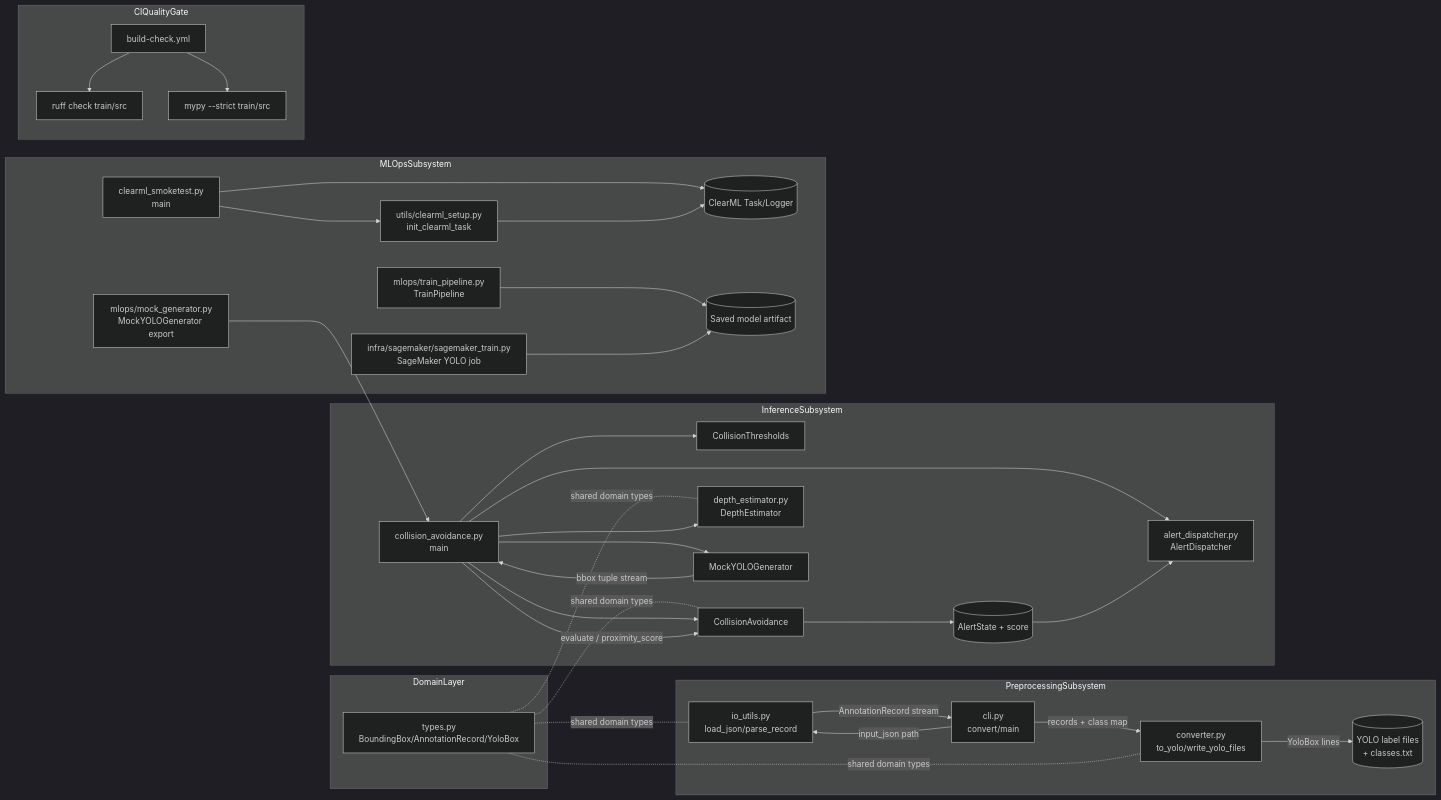
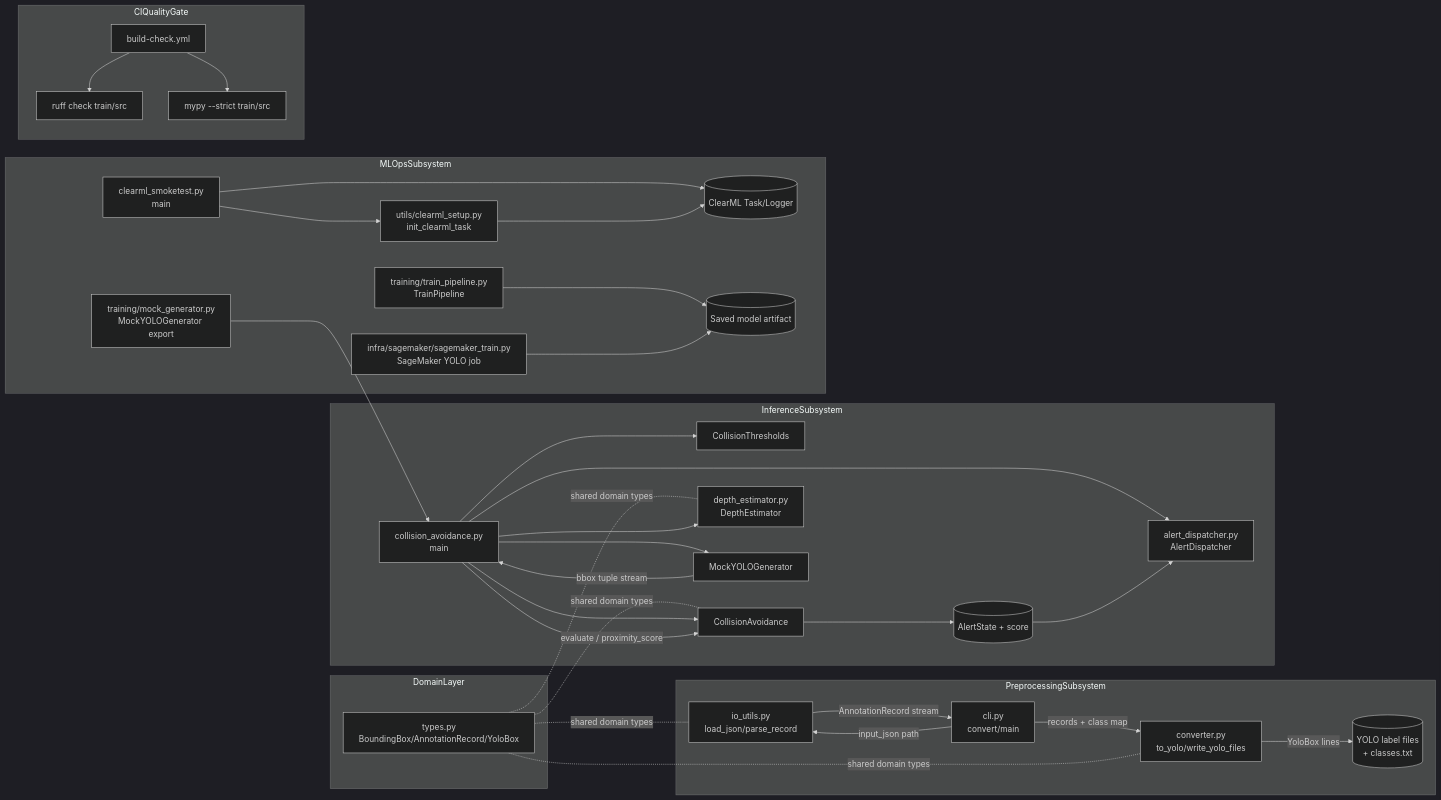
Before and after one commit to salieri009/DeepLearning42028UTS: the second of 5 diagrams in docs/architecture/System_Architecture_Documentation.md, drawn with Mermaid (dark theme). The commit also changed other lines of this file and 16 other files, not shown here.

First line of the commit message:
refactor(train): rename mlops to training, add presets and repo_paths splits

````diff
--- a/docs/architecture/System_Architecture_Documentation.md
+++ b/docs/architecture/System_Architecture_Documentation.md
@@ -194,68 +194,68 @@
 ```mermaid
 flowchart LR
     subgraph DomainLayer
       DTypes[types.py\nBoundingBox/AnnotationRecord/YoloBox]
     end
 
     subgraph PreprocessingSubsystem
       CLI[cli.py\nconvert/main]
       IO[io_utils.py\nload_json/parse_record]
       Conv[converter.py\nto_yolo/write_yolo_files]
       Out[(YOLO label files\n+ classes.txt)]
     end
 
     subgraph InferenceSubsystem
       IMain[collision_avoidance.py\nmain]
       Thresholds[CollisionThresholds]
       Evaluator[CollisionAvoidance]
       Depth[depth_estimator.py\nDepthEstimator]
       Dispatcher[alert_dispatcher.py\nAlertDispatcher]
       Generator[MockYOLOGenerator]
       Result[(AlertState + score)]
     end
 
     subgraph MLOpsSubsystem
       Smoke[clearml_smoketest.py\nmain]
       Setup[utils/clearml_setup.py\ninit_clearml_task]
-      Pipeline[mlops/train_pipeline.py\nTrainPipeline]
-      MockGen[mlops/mock_generator.py\nMockYOLOGenerator export]
+      Pipeline[training/train_pipeline.py\nTrainPipeline]
+      MockGen[training/mock_generator.py\nMockYOLOGenerator export]
       SMTrain[infra/sagemaker/sagemaker_train.py\nSageMaker YOLO job]
       ClearML[(ClearML Task/Logger)]
       ModelOut[(Saved model artifact)]
     end
 
     subgraph CIQualityGate
       Build[build-check.yml]
       Ruff[ruff check train/src]
       Mypy[mypy --strict train/src]
     end
 
     CLI -->|input_json path| IO
     IO -->|AnnotationRecord stream| CLI
     CLI -->|records + class map| Conv
     Conv -->|YoloBox lines| Out
     DTypes -. shared domain types .- IO
     DTypes -. shared domain types .- Conv
     DTypes -. shared domain types .- Evaluator
     DTypes -. shared domain types .- Depth
 
     IMain --> Thresholds
     IMain --> Evaluator
     IMain --> Depth
     IMain --> Dispatcher
     IMain --> Generator
     Generator -->|bbox tuple stream| IMain
     IMain -->|evaluate / proximity_score| Evaluator
     Evaluator --> Result
     Result --> Dispatcher
 
     Smoke --> Setup
     Smoke --> ClearML
     Pipeline --> ModelOut
     MockGen --> IMain
     SMTrain --> ModelOut
     Setup --> ClearML
 
     Build --> Ruff
     Build --> Mypy
 ```
````
